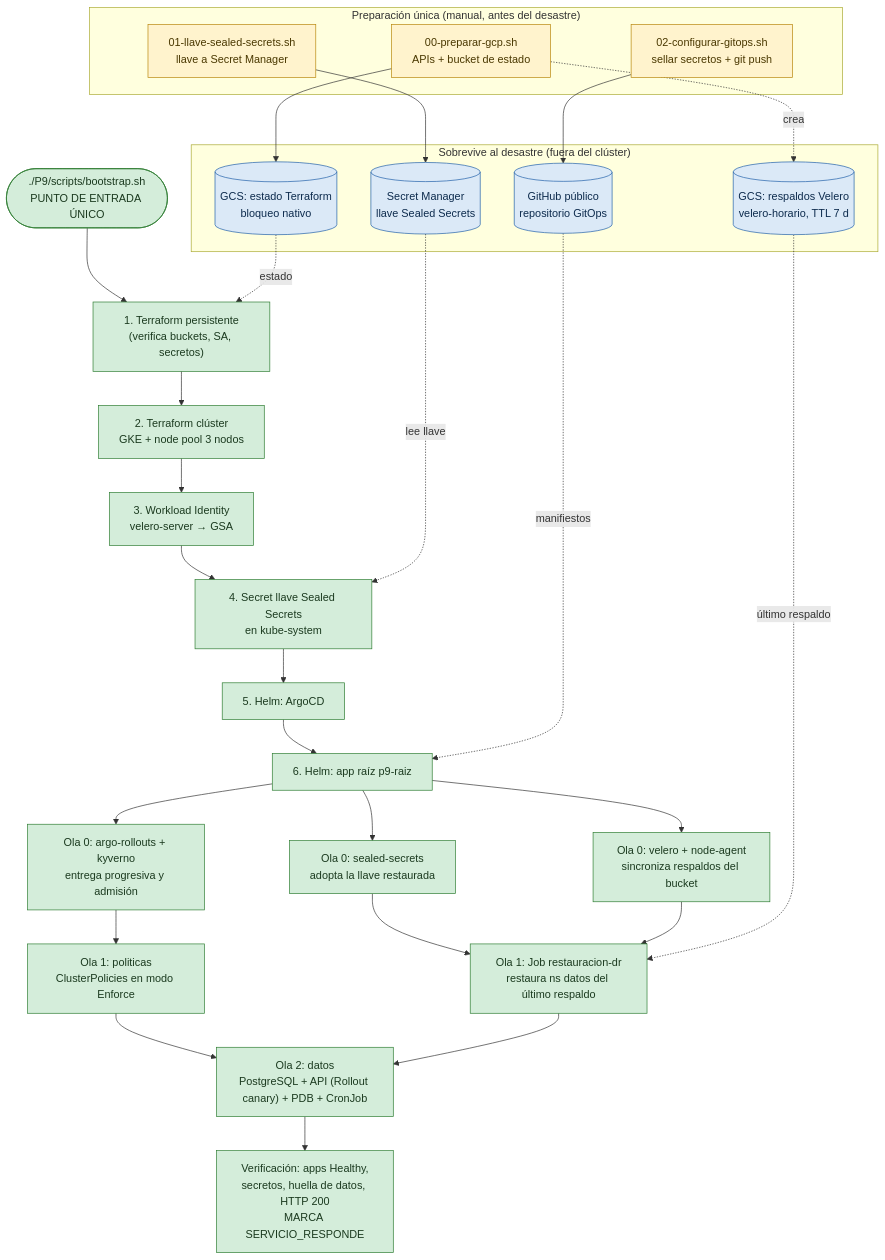
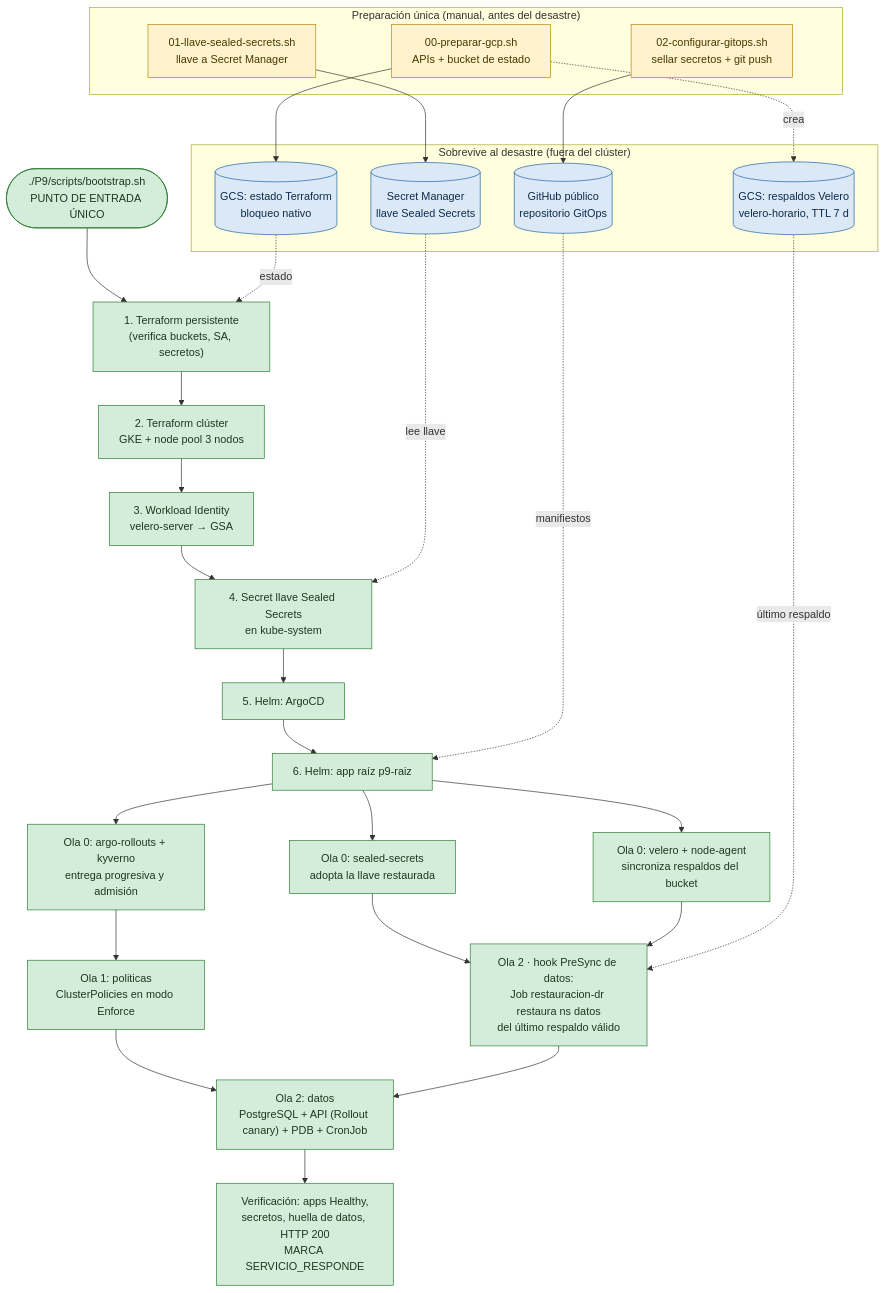
One commit to KatherinGalvez/sa-platform-gitops changed the diagram in P9/docs/DIAGRAMA-BOOTSTRAP.md. Above: the diagram before and after it, drawn with Mermaid. The commit also changed other lines of this file and 21 other files, not shown here.

Commit message:
P9: restauracion como hook PreSync, respaldo valido, destruccion rapida

````diff
--- a/P9/docs/DIAGRAMA-BOOTSTRAP.md
+++ b/P9/docs/DIAGRAMA-BOOTSTRAP.md
@@ -5,51 +5,51 @@
 ```mermaid
 flowchart TD
     subgraph PREVIO["Preparación única (manual, antes del desastre)"]
         M1["00-preparar-gcp.sh<br/>APIs + bucket de estado"]:::manual
         M2["01-llave-sealed-secrets.sh<br/>llave a Secret Manager"]:::manual
         M3["02-configurar-gitops.sh<br/>sellar secretos + git push"]:::manual
     end
 
     subgraph PERSISTE["Sobrevive al desastre (fuera del clúster)"]
         S1[("GCS: estado Terraform<br/>bloqueo nativo")]:::persiste
         S2[("GCS: respaldos Velero<br/>velero-horario, TTL 7 d")]:::persiste
         S3[("Secret Manager<br/>llave Sealed Secrets")]:::persiste
         S4[("GitHub público<br/>repositorio GitOps")]:::persiste
     end
 
     INICIO(["./P9/scripts/bootstrap.sh<br/>PUNTO DE ENTRADA ÚNICO"]):::auto
     T1["1. Terraform persistente<br/>(verifica buckets, SA, secretos)"]:::auto
     T2["2. Terraform clúster<br/>GKE + node pool 3 nodos"]:::auto
     T3["3. Workload Identity<br/>velero-server → GSA"]:::auto
     T4["4. Secret llave Sealed Secrets<br/>en kube-system"]:::auto
     T5["5. Helm: ArgoCD"]:::auto
     T6["6. Helm: app raíz p9-raiz"]:::auto
 
     W0A["Ola 0: sealed-secrets<br/>adopta la llave restaurada"]:::auto
     W0C["Ola 0: argo-rollouts + kyverno<br/>entrega progresiva y admisión"]:::auto
     W1P["Ola 1: politicas<br/>ClusterPolicies en modo Enforce"]:::auto
     W0B["Ola 0: velero + node-agent<br/>sincroniza respaldos del bucket"]:::auto
-    W1["Ola 1: Job restauracion-dr<br/>restaura ns datos del último respaldo"]:::auto
+    W1["Ola 2 · hook PreSync de datos:<br/>Job restauracion-dr restaura ns datos<br/>del último respaldo válido"]:::auto
     W2["Ola 2: datos<br/>PostgreSQL + API (Rollout canary) + PDB + CronJob"]:::auto
     V["Verificación: apps Healthy,<br/>secretos, huella de datos, HTTP 200<br/>MARCA SERVICIO_RESPONDE"]:::auto
 
     M1 --> S1
     M2 --> S3
     M3 --> S4
     M1 -. "crea" .-> S2
 
     INICIO --> T1 --> T2 --> T3 --> T4 --> T5 --> T6
     S1 -. "estado" .-> T1
     S3 -. "lee llave" .-> T4
     T6 --> W0A & W0B & W0C
     W0C --> W1P --> W2
     S4 -. "manifiestos" .-> T6
     W0A --> W1
     W0B --> W1
     S2 -. "último respaldo" .-> W1
     W1 --> W2 --> V
 
     classDef auto fill:#d4edda,stroke:#2e7d32,color:#1b3a1f
     classDef manual fill:#fff3cd,stroke:#b8860b,color:#4a3800
     classDef persiste fill:#dbe9f7,stroke:#1f5fa8,color:#0d2b4d
 ```
````
